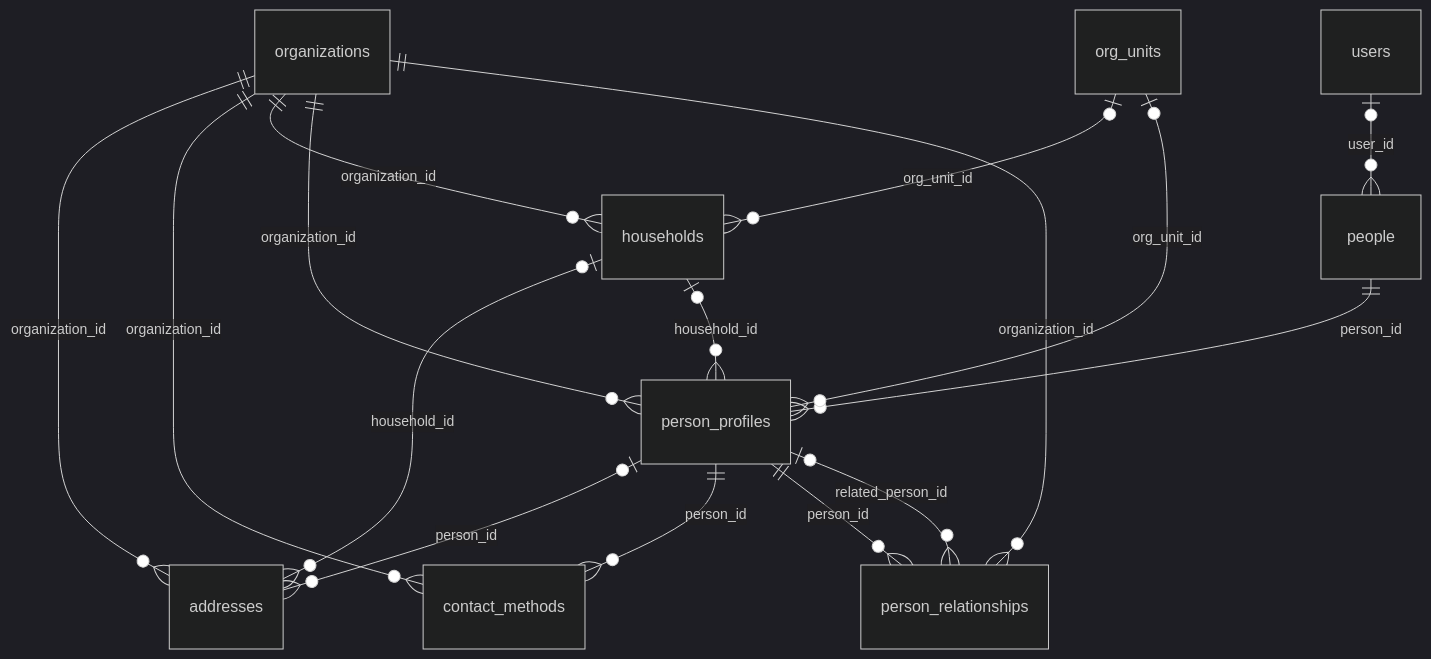
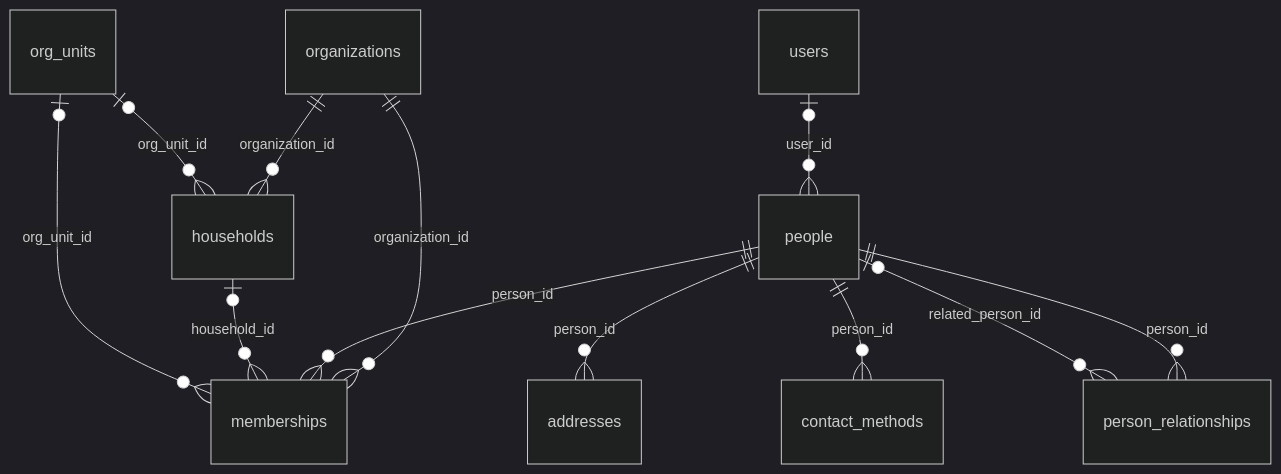
The second of 9 diagrams in docs/schema-design.md (chenson42/presby), drawn with Mermaid (dark theme) before and after one commit. The commit also changed other lines of this file and 13 other files, not shown here.

First line of the commit message:
refactor(schema): link person data directly to people, add memberships

````diff
--- a/docs/schema-design.md
+++ b/docs/schema-design.md
@@ -105,18 +105,14 @@
 ```mermaid
 erDiagram
-  organizations ||--o{ addresses : "organization_id"
-  households |o--o{ addresses : "household_id"
-  person_profiles |o--o{ addresses : "person_id"
-  organizations ||--o{ contact_methods : "organization_id"
-  person_profiles ||--o{ contact_methods : "person_id"
+  people ||--o{ addresses : "person_id"
+  people ||--o{ contact_methods : "person_id"
   organizations ||--o{ households : "organization_id"
   org_units |o--o{ households : "org_unit_id"
+  organizations ||--o{ memberships : "organization_id"
+  people ||--o{ memberships : "person_id"
+  households |o--o{ memberships : "household_id"
+  org_units |o--o{ memberships : "org_unit_id"
   users |o--o{ people : "user_id"
-  organizations ||--o{ person_profiles : "organization_id"
-  people ||--o{ person_profiles : "person_id"
-  households |o--o{ person_profiles : "household_id"
-  org_units |o--o{ person_profiles : "org_unit_id"
-  organizations ||--o{ person_relationships : "organization_id"
-  person_profiles ||--o{ person_relationships : "person_id"
-  person_profiles |o--o{ person_relationships : "related_person_id"
+  people ||--o{ person_relationships : "person_id"
+  people |o--o{ person_relationships : "related_person_id"
 ```
````
